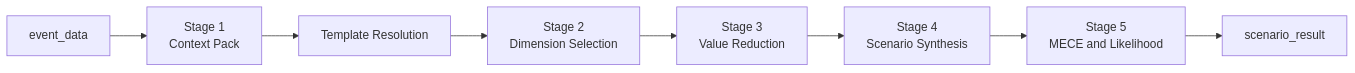
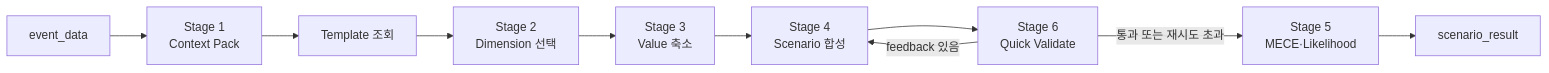
One commit to enkhbaatarL/skmip-mi-agent changed the second of 7 diagrams in docs/architectures/scenario_group_agent_logic.md. Above: the diagram before and after it, drawn with Mermaid. The commit also changed other lines of this file, not shown here.

````diff
--- a/docs/architectures/scenario_group_agent_logic.md
+++ b/docs/architectures/scenario_group_agent_logic.md
@@ -166,10 +148,12 @@
 ```mermaid
 flowchart LR
     A[event_data] --> B[Stage 1<br/>Context Pack]
-    B --> C[Template Resolution]
-    C --> D[Stage 2<br/>Dimension Selection]
-    D --> E[Stage 3<br/>Value Reduction]
-    E --> F[Stage 4<br/>Scenario Synthesis]
-    F --> G[Stage 5<br/>MECE and Likelihood]
-    G --> H[scenario_result]
+    B --> C[Template 조회]
+    C --> D[Stage 2<br/>Dimension 선택]
+    D --> E[Stage 3<br/>Value 축소]
+    E --> F[Stage 4<br/>Scenario 합성]
+    F --> G[Stage 6<br/>Quick Validate]
+    G -->|feedback 있음| F
+    G -->|통과 또는 재시도 초과| H[Stage 5<br/>MECE·Likelihood]
+    H --> I[scenario_result]
 ```
````
